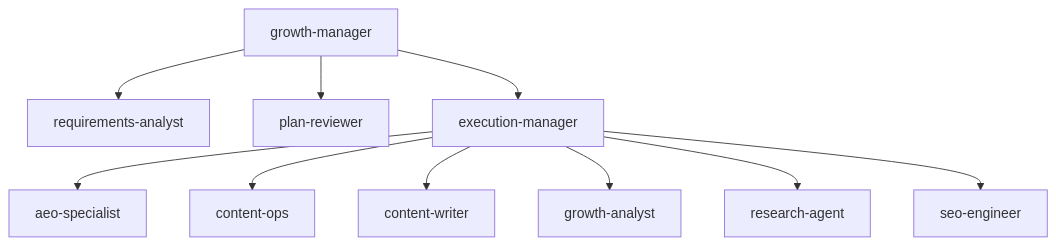
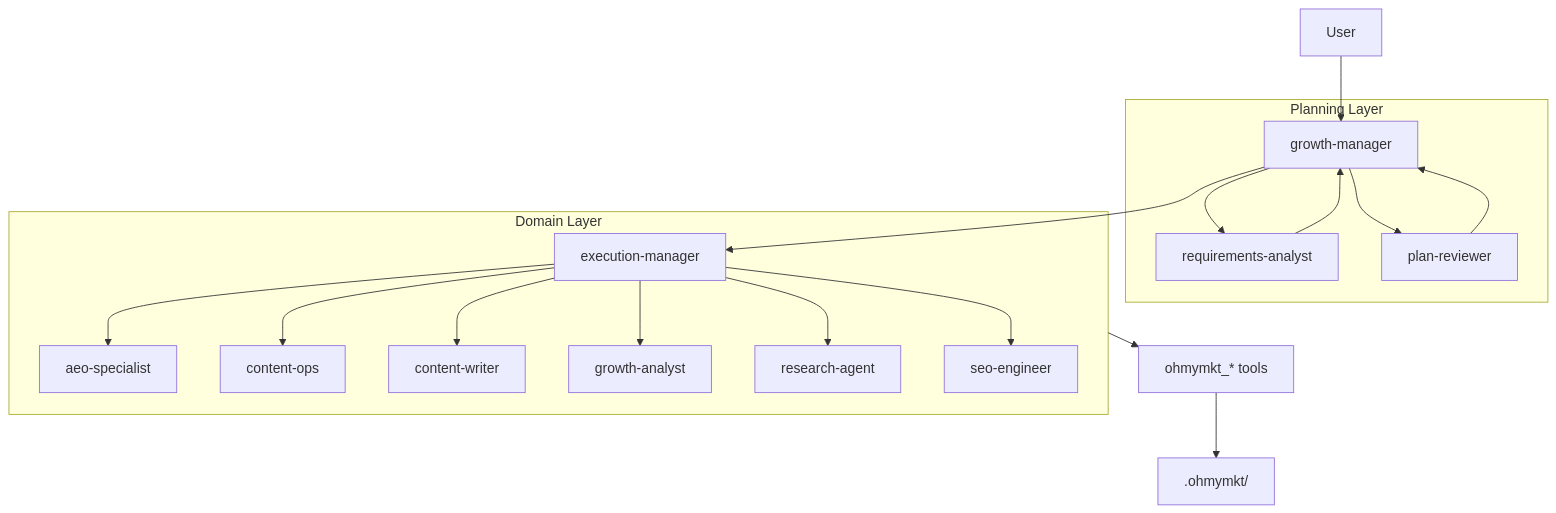
Before and after one commit to bravohenry/ohmymkt: the first of 4 diagrams in docs/features.md, drawn with Mermaid. The commit also changed other lines of this file and 7 other files, not shown here.

````diff
--- a/docs/features.md
+++ b/docs/features.md
@@ -24,13 +31,25 @@
 ```mermaid
 flowchart TB
-    GM["growth-manager"] --> RA["requirements-analyst"]
-    GM --> PR["plan-reviewer"]
+    U["User"] --> GM["growth-manager"]
+
+    subgraph PL["Planning Layer"]
+      GM --> RA["requirements-analyst"]
+      GM --> PR["plan-reviewer"]
+      RA --> GM
+      PR --> GM
+    end
+
     GM --> EM["execution-manager"]
 
-    EM --> AEO["aeo-specialist"]
-    EM --> CO["content-ops"]
-    EM --> CW["content-writer"]
-    EM --> GA["growth-analyst"]
-    EM --> RE["research-agent"]
-    EM --> SEO["seo-engineer"]
+    subgraph DL["Domain Layer"]
+      EM --> AEO["aeo-specialist"]
+      EM --> CO["content-ops"]
+      EM --> CW["content-writer"]
+      EM --> GA["growth-analyst"]
+      EM --> RE["research-agent"]
+      EM --> SEO["seo-engineer"]
+    end
+
+    DL --> TOOLS["ohmymkt_* tools"]
+    TOOLS --> STATE[".ohmymkt/"]
 ```
````
